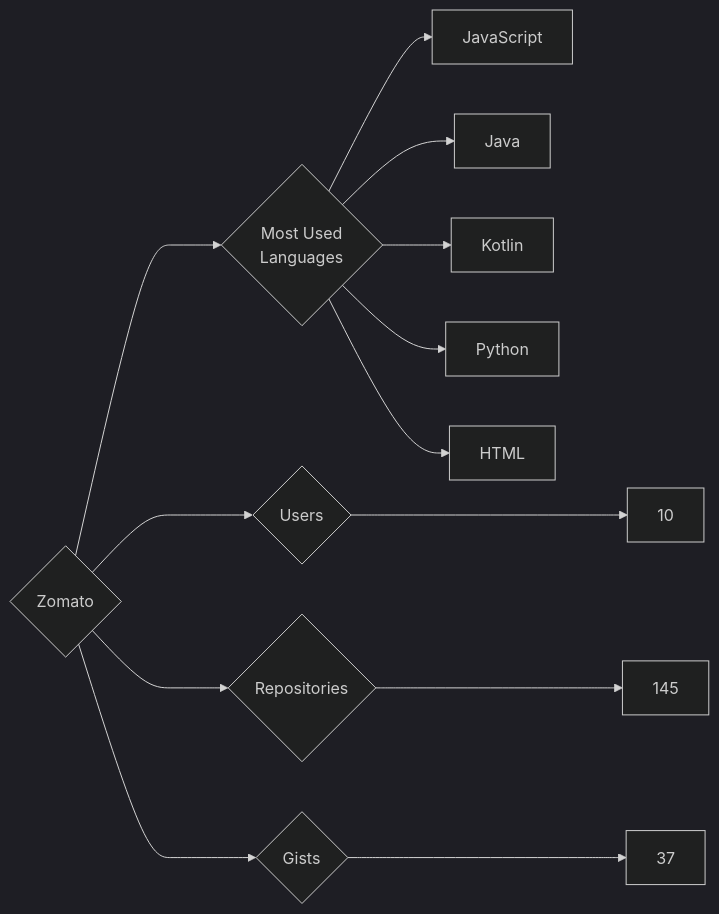
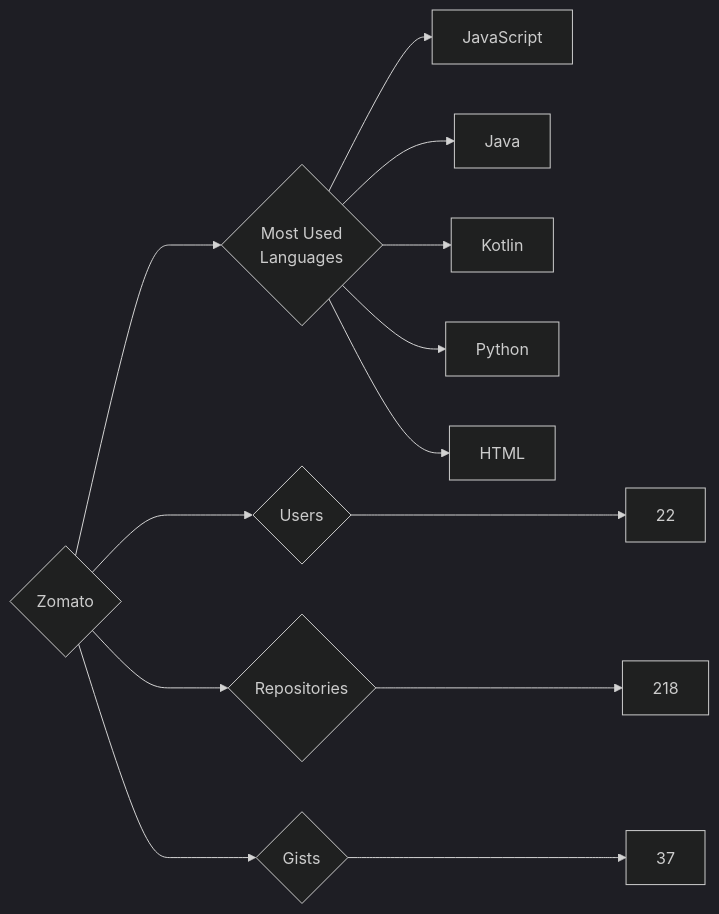
One commit to trickest/insiders changed the diagram in targets/Zomato/README.md. Above: the diagram before and after it, drawn with Mermaid (dark theme). The commit also changed 1389 other files, not shown here.

````diff
--- a/targets/Zomato/README.md
+++ b/targets/Zomato/README.md
@@ -3,13 +3,13 @@
 ```mermaid
 graph LR
 COMPANY_NAME{Zomato}
-COMPANY_NAME ---> U{Users} ---> UN[10]
-COMPANY_NAME ---> R{Repositories} ---> RN[145]
+COMPANY_NAME ---> U{Users} ---> UN[22]
+COMPANY_NAME ---> R{Repositories} ---> RN[218]
 COMPANY_NAME ---> G{Gists} ---> GN[37]
 COMPANY_NAME ---> ML{Most Used<br>Languages}
 ML --> JavaScript[JavaScript]
 ML --> Java[Java]
 ML --> Kotlin[Kotlin]
 ML --> Python[Python]
 ML --> HTML[HTML]
 ```
````
